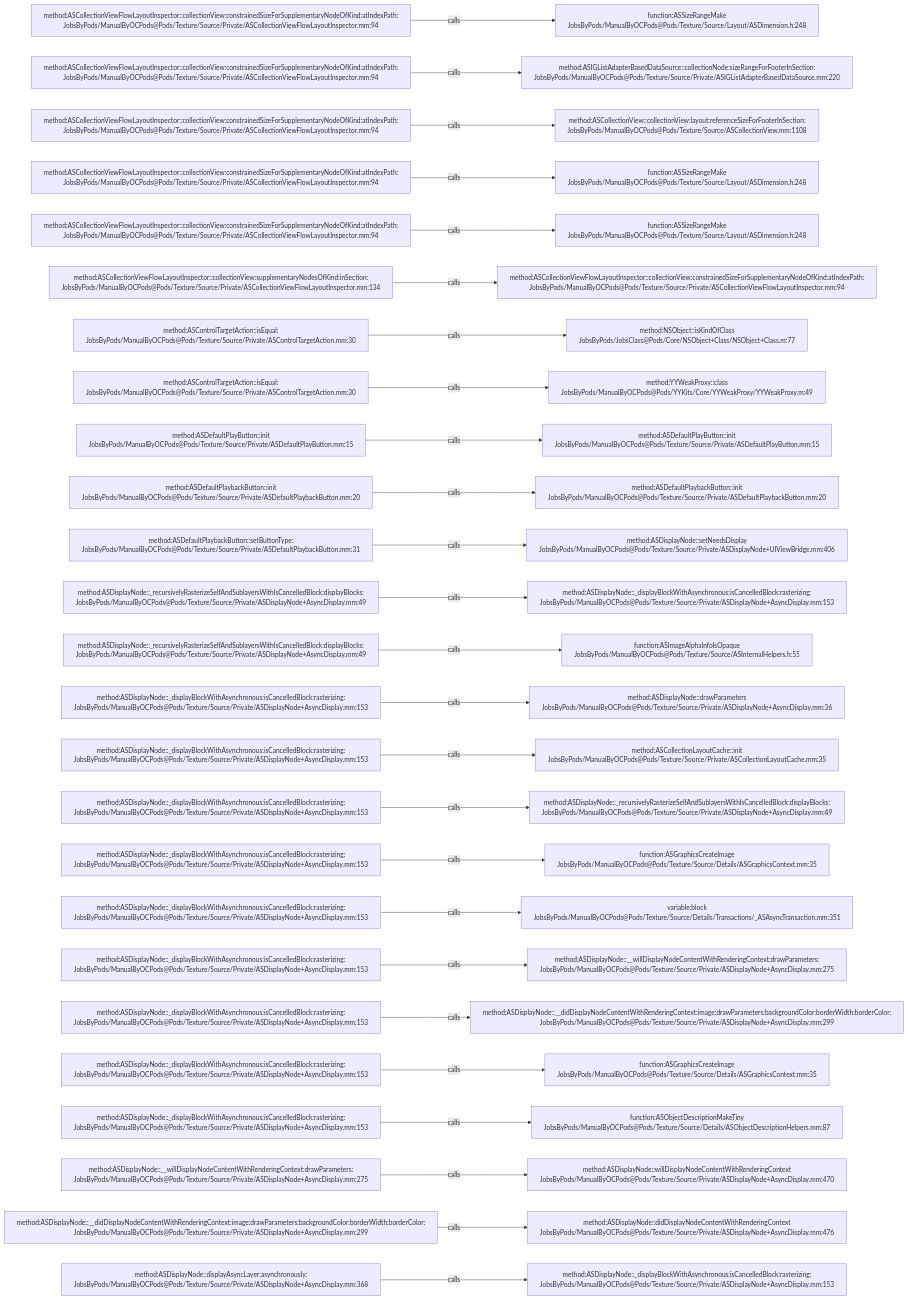
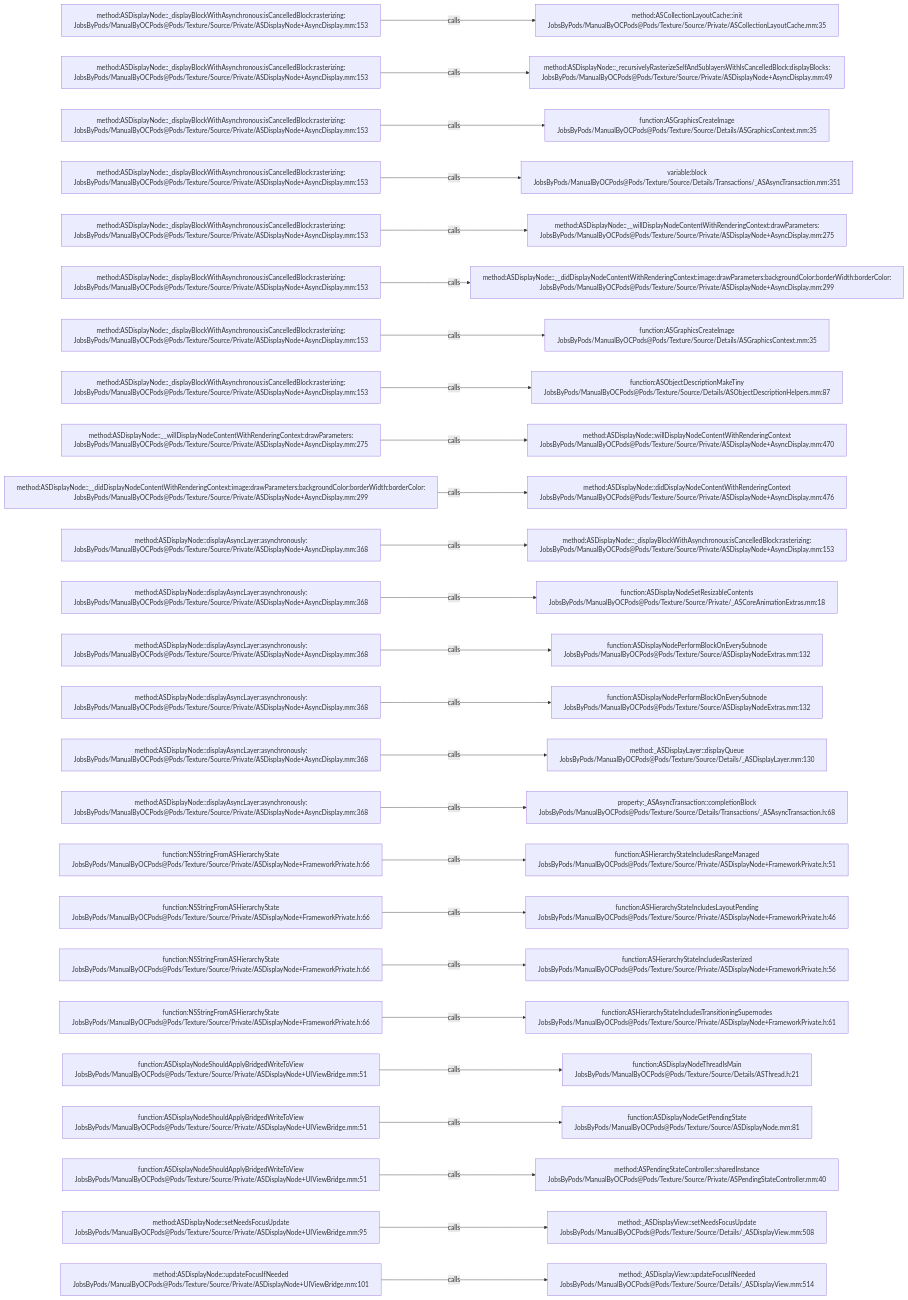
Before and after one commit to JobsKits/JobsOCBaseConfigDemo: the diagram in .codegraph/codegraph.md/graphs/calls-188.md, drawn with Mermaid. The commit also changed 296 other files, not shown here.

````diff
--- a/.codegraph/codegraph.md/graphs/calls-188.md
+++ b/.codegraph/codegraph.md/graphs/calls-188.md
@@ -13,78 +13,78 @@
 ```mermaid
 flowchart LR
-  S1["method:ASCollectionViewFlowLayoutInspector::collectionView:constrainedSizeForSupplementaryNodeOfKind:atIndexPath:<br/>JobsByPods/ManualByOCPods@Pods/Texture/Source/Private/ASCollectionViewFlowLayoutInspector.mm:94"]
-  T1["function:ASSizeRangeMake<br/>JobsByPods/ManualByOCPods@Pods/Texture/Source/Layout/ASDimension.h:248"]
+  S1["method:ASDisplayNode::_displayBlockWithAsynchronous:isCancelledBlock:rasterizing:<br/>JobsByPods/ManualByOCPods@Pods/Texture/Source/Private/ASDisplayNode+AsyncDisplay.mm:153"]
+  T1["method:ASCollectionLayoutCache::init<br/>JobsByPods/ManualByOCPods@Pods/Texture/Source/Private/ASCollectionLayoutCache.mm:35"]
   S1 -->|calls| T1
-  S2["method:ASCollectionViewFlowLayoutInspector::collectionView:constrainedSizeForSupplementaryNodeOfKind:atIndexPath:<br/>JobsByPods/ManualByOCPods@Pods/Texture/Source/Private/ASCollectionViewFlowLayoutInspector.mm:94"]
-  T2["method:ASIGListAdapterBasedDataSource::collectionNode:sizeRangeForFooterInSection:<br/>JobsByPods/ManualByOCPods@Pods/Texture/Source/Private/ASIGListAdapterBasedDataSource.mm:220"]
+  S2["method:ASDisplayNode::_displayBlockWithAsynchronous:isCancelledBlock:rasterizing:<br/>JobsByPods/ManualByOCPods@Pods/Texture/Source/Private/ASDisplayNode+AsyncDisplay.mm:153"]
+  T2["method:ASDisplayNode::_recursivelyRasterizeSelfAndSublayersWithIsCancelledBlock:displayBlocks:<br/>JobsByPods/ManualByOCPods@Pods/Texture/Source/Private/ASDisplayNode+AsyncDisplay.mm:49"]
   S2 -->|calls| T2
-  S3["method:ASCollectionViewFlowLayoutInspector::collectionView:constrainedSizeForSupplementaryNodeOfKind:atIndexPath:<br/>JobsByPods/ManualByOCPods@Pods/Texture/Source/Private/ASCollectionViewFlowLayoutInspector.mm:94"]
-  T3["method:ASCollectionView::collectionView:layout:referenceSizeForFooterInSection:<br/>JobsByPods/ManualByOCPods@Pods/Texture/Source/ASCollectionView.mm:1108"]
+  S3["method:ASDisplayNode::_displayBlockWithAsynchronous:isCancelledBlock:rasterizing:<br/>JobsByPods/ManualByOCPods@Pods/Texture/Source/Private/ASDisplayNode+AsyncDisplay.mm:153"]
+  T3["function:ASGraphicsCreateImage<br/>JobsByPods/ManualByOCPods@Pods/Texture/Source/Details/ASGraphicsContext.mm:35"]
   S3 -->|calls| T3
-  S4["method:ASCollectionViewFlowLayoutInspector::collectionView:constrainedSizeForSupplementaryNodeOfKind:atIndexPath:<br/>JobsByPods/ManualByOCPods@Pods/Texture/Source/Private/ASCollectionViewFlowLayoutInspector.mm:94"]
-  T4["function:ASSizeRangeMake<br/>JobsByPods/ManualByOCPods@Pods/Texture/Source/Layout/ASDimension.h:248"]
+  S4["method:ASDisplayNode::_displayBlockWithAsynchronous:isCancelledBlock:rasterizing:<br/>JobsByPods/ManualByOCPods@Pods/Texture/Source/Private/ASDisplayNode+AsyncDisplay.mm:153"]
+  T4["variable:block<br/>JobsByPods/ManualByOCPods@Pods/Texture/Source/Details/Transactions/_ASAsyncTransaction.mm:351"]
   S4 -->|calls| T4
-  S5["method:ASCollectionViewFlowLayoutInspector::collectionView:constrainedSizeForSupplementaryNodeOfKind:atIndexPath:<br/>JobsByPods/ManualByOCPods@Pods/Texture/Source/Private/ASCollectionViewFlowLayoutInspector.mm:94"]
-  T5["function:ASSizeRangeMake<br/>JobsByPods/ManualByOCPods@Pods/Texture/Source/Layout/ASDimension.h:248"]
+  S5["method:ASDisplayNode::_displayBlockWithAsynchronous:isCancelledBlock:rasterizing:<br/>JobsByPods/ManualByOCPods@Pods/Texture/Source/Private/ASDisplayNode+AsyncDisplay.mm:153"]
+  T5["method:ASDisplayNode::__willDisplayNodeContentWithRenderingContext:drawParameters:<br/>JobsByPods/ManualByOCPods@Pods/Texture/Source/Private/ASDisplayNode+AsyncDisplay.mm:275"]
   S5 -->|calls| T5
-  S6["method:ASCollectionViewFlowLayoutInspector::collectionView:supplementaryNodesOfKind:inSection:<br/>JobsByPods/ManualByOCPods@Pods/Texture/Source/Private/ASCollectionViewFlowLayoutInspector.mm:134"]
-  T6["method:ASCollectionViewFlowLayoutInspector::collectionView:constrainedSizeForSupplementaryNodeOfKind:atIndexPath:<br/>JobsByPods/ManualByOCPods@Pods/Texture/Source/Private/ASCollectionViewFlowLayoutInspector.mm:94"]
+  S6["method:ASDisplayNode::_displayBlockWithAsynchronous:isCancelledBlock:rasterizing:<br/>JobsByPods/ManualByOCPods@Pods/Texture/Source/Private/ASDisplayNode+AsyncDisplay.mm:153"]
+  T6["method:ASDisplayNode::__didDisplayNodeContentWithRenderingContext:image:drawParameters:backgroundColor:borderWidth:borderColor:<br/>JobsByPods/ManualByOCPods@Pods/Texture/Source/Private/ASDisplayNode+AsyncDisplay.mm:299"]
   S6 -->|calls| T6
-  S7["method:ASControlTargetAction::isEqual:<br/>JobsByPods/ManualByOCPods@Pods/Texture/Source/Private/ASControlTargetAction.mm:30"]
-  T7["method:NSObject::isKindOfClass<br/>JobsByPods/JobsClass@Pods/Core/NSObject+Class/NSObject+Class.m:77"]
+  S7["method:ASDisplayNode::_displayBlockWithAsynchronous:isCancelledBlock:rasterizing:<br/>JobsByPods/ManualByOCPods@Pods/Texture/Source/Private/ASDisplayNode+AsyncDisplay.mm:153"]
+  T7["function:ASGraphicsCreateImage<br/>JobsByPods/ManualByOCPods@Pods/Texture/Source/Details/ASGraphicsContext.mm:35"]
   S7 -->|calls| T7
-  S8["method:ASControlTargetAction::isEqual:<br/>JobsByPods/ManualByOCPods@Pods/Texture/Source/Private/ASControlTargetAction.mm:30"]
-  T8["method:YYWeakProxy::class<br/>JobsByPods/ManualByOCPods@Pods/YYKits/Core/YYWeakProxy/YYWeakProxy.m:49"]
+  S8["method:ASDisplayNode::_displayBlockWithAsynchronous:isCancelledBlock:rasterizing:<br/>JobsByPods/ManualByOCPods@Pods/Texture/Source/Private/ASDisplayNode+AsyncDisplay.mm:153"]
+  T8["function:ASObjectDescriptionMakeTiny<br/>JobsByPods/ManualByOCPods@Pods/Texture/Source/Details/ASObjectDescriptionHelpers.mm:87"]
   S8 -->|calls| T8
-  S9["method:ASDefaultPlayButton::init<br/>JobsByPods/ManualByOCPods@Pods/Texture/Source/Private/ASDefaultPlayButton.mm:15"]
-  T9["method:ASDefaultPlayButton::init<br/>JobsByPods/ManualByOCPods@Pods/Texture/Source/Private/ASDefaultPlayButton.mm:15"]
+  S9["method:ASDisplayNode::__willDisplayNodeContentWithRenderingContext:drawParameters:<br/>JobsByPods/ManualByOCPods@Pods/Texture/Source/Private/ASDisplayNode+AsyncDisplay.mm:275"]
+  T9["method:ASDisplayNode::willDisplayNodeContentWithRenderingContext<br/>JobsByPods/ManualByOCPods@Pods/Texture/Source/Private/ASDisplayNode+AsyncDisplay.mm:470"]
   S9 -->|calls| T9
-  S10["method:ASDefaultPlaybackButton::init<br/>JobsByPods/ManualByOCPods@Pods/Texture/Source/Private/ASDefaultPlaybackButton.mm:20"]
-  T10["method:ASDefaultPlaybackButton::init<br/>JobsByPods/ManualByOCPods@Pods/Texture/Source/Private/ASDefaultPlaybackButton.mm:20"]
+  S10["method:ASDisplayNode::__didDisplayNodeContentWithRenderingContext:image:drawParameters:backgroundColor:borderWidth:borderColor:<br/>JobsByPods/ManualByOCPods@Pods/Texture/Source/Private/ASDisplayNode+AsyncDisplay.mm:299"]
+  T10["method:ASDisplayNode::didDisplayNodeContentWithRenderingContext<br/>JobsByPods/ManualByOCPods@Pods/Texture/Source/Private/ASDisplayNode+AsyncDisplay.mm:476"]
   S10 -->|calls| T10
-  S11["method:ASDefaultPlaybackButton::setButtonType:<br/>JobsByPods/ManualByOCPods@Pods/Texture/Source/Private/ASDefaultPlaybackButton.mm:31"]
-  T11["method:ASDisplayNode::setNeedsDisplay<br/>JobsByPods/ManualByOCPods@Pods/Texture/Source/Private/ASDisplayNode+UIViewBridge.mm:406"]
+  S11["method:ASDisplayNode::displayAsyncLayer:asynchronously:<br/>JobsByPods/ManualByOCPods@Pods/Texture/Source/Private/ASDisplayNode+AsyncDisplay.mm:368"]
+  T11["method:ASDisplayNode::_displayBlockWithAsynchronous:isCancelledBlock:rasterizing:<br/>JobsByPods/ManualByOCPods@Pods/Texture/Source/Private/ASDisplayNode+AsyncDisplay.mm:153"]
   S11 -->|calls| T11
-  S12["method:ASDisplayNode::_recursivelyRasterizeSelfAndSublayersWithIsCancelledBlock:displayBlocks:<br/>JobsByPods/ManualByOCPods@Pods/Texture/Source/Private/ASDisplayNode+AsyncDisplay.mm:49"]
-  T12["method:ASDisplayNode::_displayBlockWithAsynchronous:isCancelledBlock:rasterizing:<br/>JobsByPods/ManualByOCPods@Pods/Texture/Source/Private/ASDisplayNode+AsyncDisplay.mm:153"]
+  S12["method:ASDisplayNode::displayAsyncLayer:asynchronously:<br/>JobsByPods/ManualByOCPods@Pods/Texture/Source/Private/ASDisplayNode+AsyncDisplay.mm:368"]
+  T12["function:ASDisplayNodeSetResizableContents<br/>JobsByPods/ManualByOCPods@Pods/Texture/Source/Private/_ASCoreAnimationExtras.mm:18"]
   S12 -->|calls| T12
-  S13["method:ASDisplayNode::_recursivelyRasterizeSelfAndSublayersWithIsCancelledBlock:displayBlocks:<br/>JobsByPods/ManualByOCPods@Pods/Texture/Source/Private/ASDisplayNode+AsyncDisplay.mm:49"]
-  T13["function:ASImageAlphaInfoIsOpaque<br/>JobsByPods/ManualByOCPods@Pods/Texture/Source/ASInternalHelpers.h:55"]
+  S13["method:ASDisplayNode::displayAsyncLayer:asynchronously:<br/>JobsByPods/ManualByOCPods@Pods/Texture/Source/Private/ASDisplayNode+AsyncDisplay.mm:368"]
+  T13["function:ASDisplayNodePerformBlockOnEverySubnode<br/>JobsByPods/ManualByOCPods@Pods/Texture/Source/ASDisplayNodeExtras.mm:132"]
   S13 -->|calls| T13
-  S14["method:ASDisplayNode::_displayBlockWithAsynchronous:isCancelledBlock:rasterizing:<br/>JobsByPods/ManualByOCPods@Pods/Texture/Source/Private/ASDisplayNode+AsyncDisplay.mm:153"]
-  T14["method:ASDisplayNode::drawParameters<br/>JobsByPods/ManualByOCPods@Pods/Texture/Source/Private/ASDisplayNode+AsyncDisplay.mm:36"]
+  S14["method:ASDisplayNode::displayAsyncLayer:asynchronously:<br/>JobsByPods/ManualByOCPods@Pods/Texture/Source/Private/ASDisplayNode+AsyncDisplay.mm:368"]
+  T14["function:ASDisplayNodePerformBlockOnEverySubnode<br/>JobsByPods/ManualByOCPods@Pods/Texture/Source/ASDisplayNodeExtras.mm:132"]
   S14 -->|calls| T14
-  S15["method:ASDisplayNode::_displayBlockWithAsynchronous:isCancelledBlock:rasterizing:<br/>JobsByPods/ManualByOCPods@Pods/Texture/Source/Private/ASDisplayNode+AsyncDisplay.mm:153"]
-  T15["method:ASCollectionLayoutCache::init<br/>JobsByPods/ManualByOCPods@Pods/Texture/Source/Private/ASCollectionLayoutCache.mm:35"]
+  S15["method:ASDisplayNode::displayAsyncLayer:asynchronously:<br/>JobsByPods/ManualByOCPods@Pods/Texture/Source/Private/ASDisplayNode+AsyncDisplay.mm:368"]
+  T15["method:_ASDisplayLayer::displayQueue<br/>JobsByPods/ManualByOCPods@Pods/Texture/Source/Details/_ASDisplayLayer.mm:130"]
   S15 -->|calls| T15
-  S16["method:ASDisplayNode::_displayBlockWithAsynchronous:isCancelledBlock:rasterizing:<br/>JobsByPods/ManualByOCPods@Pods/Texture/Source/Private/ASDisplayNode+AsyncDisplay.mm:153"]
-  T16["method:ASDisplayNode::_recursivelyRasterizeSelfAndSublayersWithIsCancelledBlock:displayBlocks:<br/>JobsByPods/ManualByOCPods@Pods/Texture/Source/Private/ASDisplayNode+AsyncDisplay.mm:49"]
+  S16["method:ASDisplayNode::displayAsyncLayer:asynchronously:<br/>JobsByPods/ManualByOCPods@Pods/Texture/Source/Private/ASDisplayNode+AsyncDisplay.mm:368"]
+  T16["property:_ASAsyncTransaction::completionBlock<br/>JobsByPods/ManualByOCPods@Pods/Texture/Source/Details/Transactions/_ASAsyncTransaction.h:68"]
   S16 -->|calls| T16
-  S17["method:ASDisplayNode::_displayBlockWithAsynchronous:isCancelledBlock:rasterizing:<br/>JobsByPods/ManualByOCPods@Pods/Texture/Source/Private/ASDisplayNode+AsyncDisplay.mm:153"]
-  T17["function:ASGraphicsCreateImage<br/>JobsByPods/ManualByOCPods@Pods/Texture/Source/Details/ASGraphicsContext.mm:35"]
+  S17["function:NSStringFromASHierarchyState<br/>JobsByPods/ManualByOCPods@Pods/Texture/Source/Private/ASDisplayNode+FrameworkPrivate.h:66"]
+  T17["function:ASHierarchyStateIncludesRangeManaged<br/>JobsByPods/ManualByOCPods@Pods/Texture/Source/Private/ASDisplayNode+FrameworkPrivate.h:51"]
   S17 -->|calls| T17
-  S18["method:ASDisplayNode::_displayBlockWithAsynchronous:isCancelledBlock:rasterizing:<br/>JobsByPods/ManualByOCPods@Pods/Texture/Source/Private/ASDisplayNode+AsyncDisplay.mm:153"]
-  T18["variable:block<br/>JobsByPods/ManualByOCPods@Pods/Texture/Source/Details/Transactions/_ASAsyncTransaction.mm:351"]
+  S18["function:NSStringFromASHierarchyState<br/>JobsByPods/ManualByOCPods@Pods/Texture/Source/Private/ASDisplayNode+FrameworkPrivate.h:66"]
+  T18["function:ASHierarchyStateIncludesLayoutPending<br/>JobsByPods/ManualByOCPods@Pods/Texture/Source/Private/ASDisplayNode+FrameworkPrivate.h:46"]
   S18 -->|calls| T18
-  S19["method:ASDisplayNode::_displayBlockWithAsynchronous:isCancelledBlock:rasterizing:<br/>JobsByPods/ManualByOCPods@Pods/Texture/Source/Private/ASDisplayNode+AsyncDisplay.mm:153"]
-  T19["method:ASDisplayNode::__willDisplayNodeContentWithRenderingContext:drawParameters:<br/>JobsByPods/ManualByOCPods@Pods/Texture/Source/Private/ASDisplayNode+AsyncDisplay.mm:275"]
+  S19["function:NSStringFromASHierarchyState<br/>JobsByPods/ManualByOCPods@Pods/Texture/Source/Private/ASDisplayNode+FrameworkPrivate.h:66"]
+  T19["function:ASHierarchyStateIncludesRasterized<br/>JobsByPods/ManualByOCPods@Pods/Texture/Source/Private/ASDisplayNode+FrameworkPrivate.h:56"]
   S19 -->|calls| T19
-  S20["method:ASDisplayNode::_displayBlockWithAsynchronous:isCancelledBlock:rasterizing:<br/>JobsByPods/ManualByOCPods@Pods/Texture/Source/Private/ASDisplayNode+AsyncDisplay.mm:153"]
-  T20["method:ASDisplayNode::__didDisplayNodeContentWithRenderingContext:image:drawParameters:backgroundColor:borderWidth:borderColor:<br/>JobsByPods/ManualByOCPods@Pods/Texture/Source/Private/ASDisplayNode+AsyncDisplay.mm:299"]
+  S20["function:NSStringFromASHierarchyState<br/>JobsByPods/ManualByOCPods@Pods/Texture/Source/Private/ASDisplayNode+FrameworkPrivate.h:66"]
+  T20["function:ASHierarchyStateIncludesTransitioningSupernodes<br/>JobsByPods/ManualByOCPods@Pods/Texture/Source/Private/ASDisplayNode+FrameworkPrivate.h:61"]
   S20 -->|calls| T20
-  S21["method:ASDisplayNode::_displayBlockWithAsynchronous:isCancelledBlock:rasterizing:<br/>JobsByPods/ManualByOCPods@Pods/Texture/Source/Private/ASDisplayNode+AsyncDisplay.mm:153"]
-  T21["function:ASGraphicsCreateImage<br/>JobsByPods/ManualByOCPods@Pods/Texture/Source/Details/ASGraphicsContext.mm:35"]
+  S21["function:ASDisplayNodeShouldApplyBridgedWriteToView<br/>JobsByPods/ManualByOCPods@Pods/Texture/Source/Private/ASDisplayNode+UIViewBridge.mm:51"]
+  T21["function:ASDisplayNodeThreadIsMain<br/>JobsByPods/ManualByOCPods@Pods/Texture/Source/Details/ASThread.h:21"]
   S21 -->|calls| T21
-  S22["method:ASDisplayNode::_displayBlockWithAsynchronous:isCancelledBlock:rasterizing:<br/>JobsByPods/ManualByOCPods@Pods/Texture/Source/Private/ASDisplayNode+AsyncDisplay.mm:153"]
-  T22["function:ASObjectDescriptionMakeTiny<br/>JobsByPods/ManualByOCPods@Pods/Texture/Source/Details/ASObjectDescriptionHelpers.mm:87"]
+  S22["function:ASDisplayNodeShouldApplyBridgedWriteToView<br/>JobsByPods/ManualByOCPods@Pods/Texture/Source/Private/ASDisplayNode+UIViewBridge.mm:51"]
+  T22["function:ASDisplayNodeGetPendingState<br/>JobsByPods/ManualByOCPods@Pods/Texture/Source/ASDisplayNode.mm:81"]
   S22 -->|calls| T22
-  S23["method:ASDisplayNode::__willDisplayNodeContentWithRenderingContext:drawParameters:<br/>JobsByPods/ManualByOCPods@Pods/Texture/Source/Private/ASDisplayNode+AsyncDisplay.mm:275"]
-  T23["method:ASDisplayNode::willDisplayNodeContentWithRenderingContext<br/>JobsByPods/ManualByOCPods@Pods/Texture/Source/Private/ASDisplayNode+AsyncDisplay.mm:470"]
+  S23["function:ASDisplayNodeShouldApplyBridgedWriteToView<br/>JobsByPods/ManualByOCPods@Pods/Texture/Source/Private/ASDisplayNode+UIViewBridge.mm:51"]
+  T23["method:ASPendingStateController::sharedInstance<br/>JobsByPods/ManualByOCPods@Pods/Texture/Source/Private/ASPendingStateController.mm:40"]
   S23 -->|calls| T23
-  S24["method:ASDisplayNode::__didDisplayNodeContentWithRenderingContext:image:drawParameters:backgroundColor:borderWidth:borderColor:<br/>JobsByPods/ManualByOCPods@Pods/Texture/Source/Private/ASDisplayNode+AsyncDisplay.mm:299"]
-  T24["method:ASDisplayNode::didDisplayNodeContentWithRenderingContext<br/>JobsByPods/ManualByOCPods@Pods/Texture/Source/Private/ASDisplayNode+AsyncDisplay.mm:476"]
+  S24["method:ASDisplayNode::setNeedsFocusUpdate<br/>JobsByPods/ManualByOCPods@Pods/Texture/Source/Private/ASDisplayNode+UIViewBridge.mm:95"]
+  T24["method:_ASDisplayView::setNeedsFocusUpdate<br/>JobsByPods/ManualByOCPods@Pods/Texture/Source/Details/_ASDisplayView.mm:508"]
   S24 -->|calls| T24
-  S25["method:ASDisplayNode::displayAsyncLayer:asynchronously:<br/>JobsByPods/ManualByOCPods@Pods/Texture/Source/Private/ASDisplayNode+AsyncDisplay.mm:368"]
-  T25["method:ASDisplayNode::_displayBlockWithAsynchronous:isCancelledBlock:rasterizing:<br/>JobsByPods/ManualByOCPods@Pods/Texture/Source/Private/ASDisplayNode+AsyncDisplay.mm:153"]
+  S25["method:ASDisplayNode::updateFocusIfNeeded<br/>JobsByPods/ManualByOCPods@Pods/Texture/Source/Private/ASDisplayNode+UIViewBridge.mm:101"]
+  T25["method:_ASDisplayView::updateFocusIfNeeded<br/>JobsByPods/ManualByOCPods@Pods/Texture/Source/Details/_ASDisplayView.mm:514"]
   S25 -->|calls| T25
 ```
````
